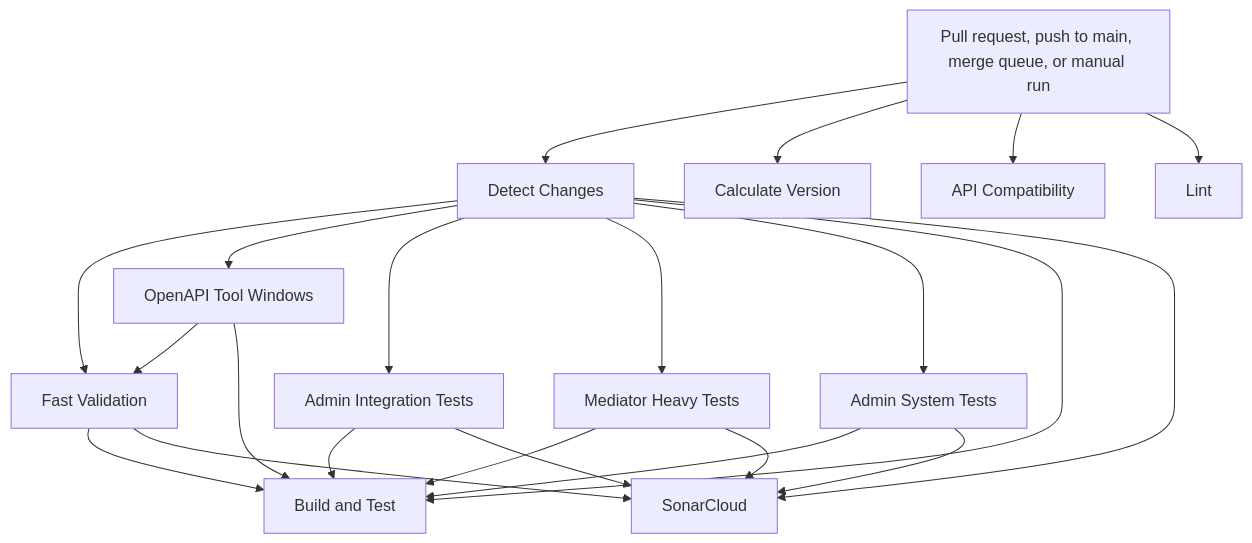
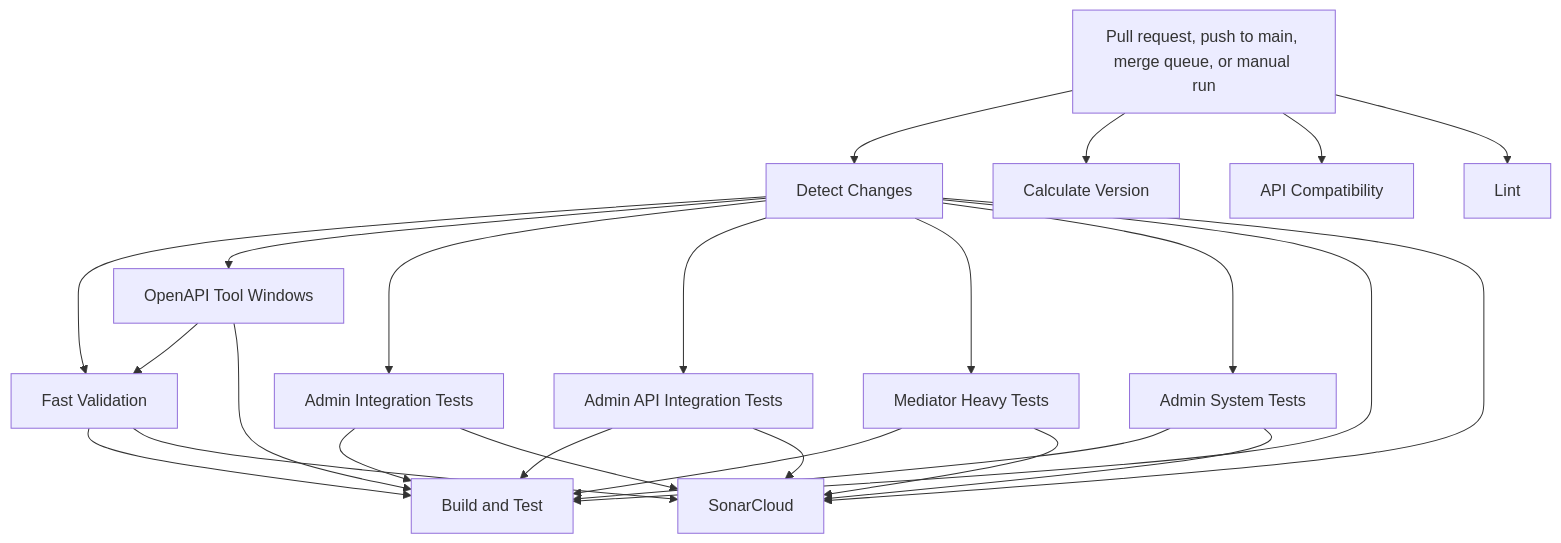
One commit to danigutsch/ViajantesTurismo changed the first of 3 diagrams in docs/architecture/ci-validation-flows.md. Above: the diagram before and after it, drawn with Mermaid. The commit also changed other lines of this file and 14 other files, not shown here.

Commit message:
ci: isolate admin api integration tests

````diff
--- a/docs/architecture/ci-validation-flows.md
+++ b/docs/architecture/ci-validation-flows.md
@@ -13,36 +13,40 @@
 ```mermaid
 flowchart TB
     trigger[Pull request, push to main, merge queue, or manual run]
     detect_changes[Detect Changes]
     calculate_version[Calculate Version]
     fast_validation[Fast Validation]
     openapi_tool_windows[OpenAPI Tool Windows]
     admin_integration_tests[Admin Integration Tests]
+    admin_api_integration_tests[Admin API Integration Tests]
     mediator_heavy_tests[Mediator Heavy Tests]
     admin_system_tests[Admin System Tests]
     build_and_test[Build and Test]
     api_compatibility[API Compatibility]
     sonarcloud[SonarCloud]
     lint[Lint]
     trigger --> detect_changes
     trigger --> calculate_version
     detect_changes --> fast_validation
     openapi_tool_windows --> fast_validation
     detect_changes --> openapi_tool_windows
     detect_changes --> admin_integration_tests
+    detect_changes --> admin_api_integration_tests
     detect_changes --> mediator_heavy_tests
     detect_changes --> admin_system_tests
     detect_changes --> build_and_test
     fast_validation --> build_and_test
     admin_integration_tests --> build_and_test
+    admin_api_integration_tests --> build_and_test
     mediator_heavy_tests --> build_and_test
     admin_system_tests --> build_and_test
     openapi_tool_windows --> build_and_test
     trigger --> api_compatibility
     detect_changes --> sonarcloud
     fast_validation --> sonarcloud
     admin_integration_tests --> sonarcloud
+    admin_api_integration_tests --> sonarcloud
     mediator_heavy_tests --> sonarcloud
     admin_system_tests --> sonarcloud
     trigger --> lint
 ```
````
